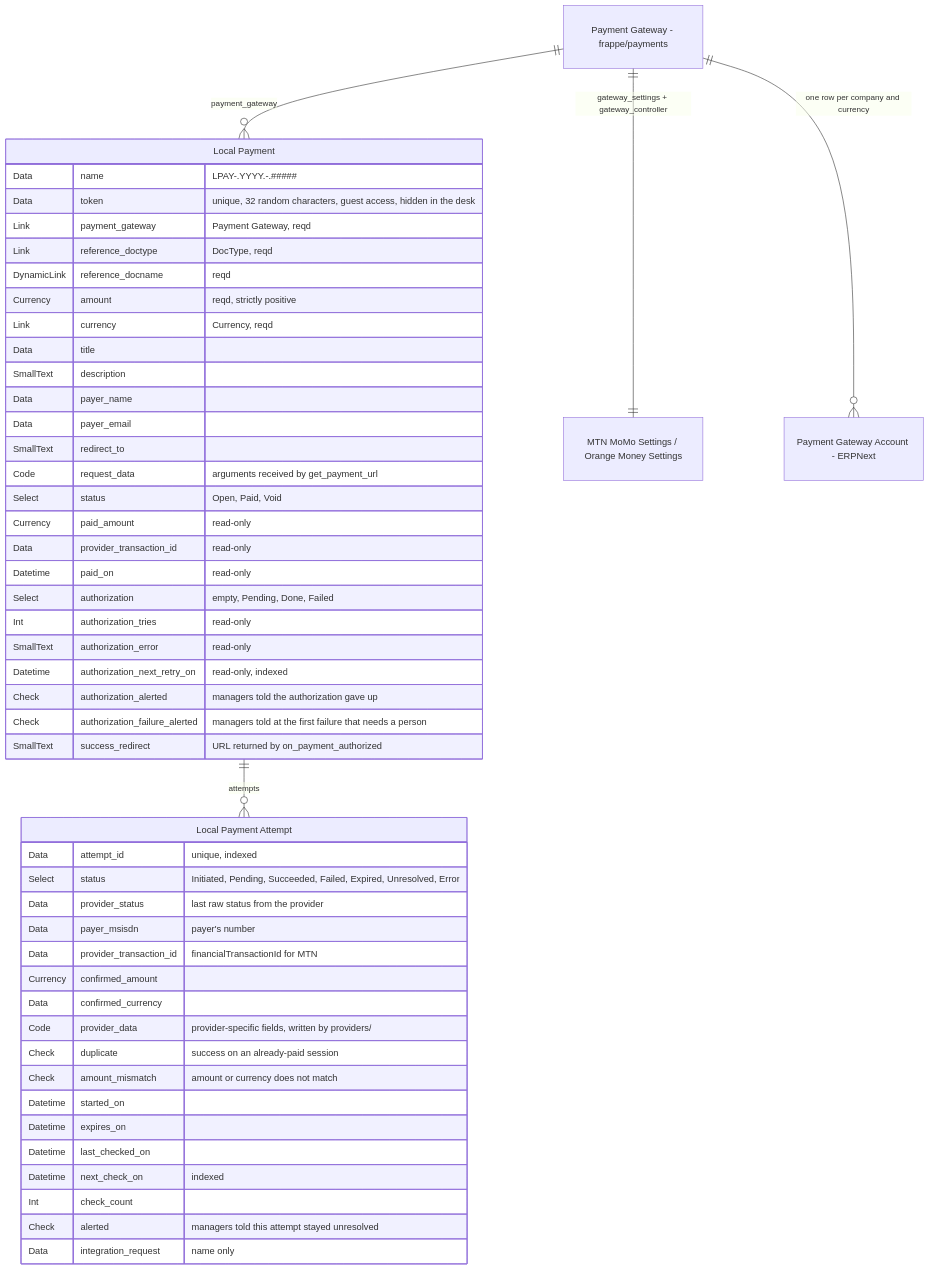
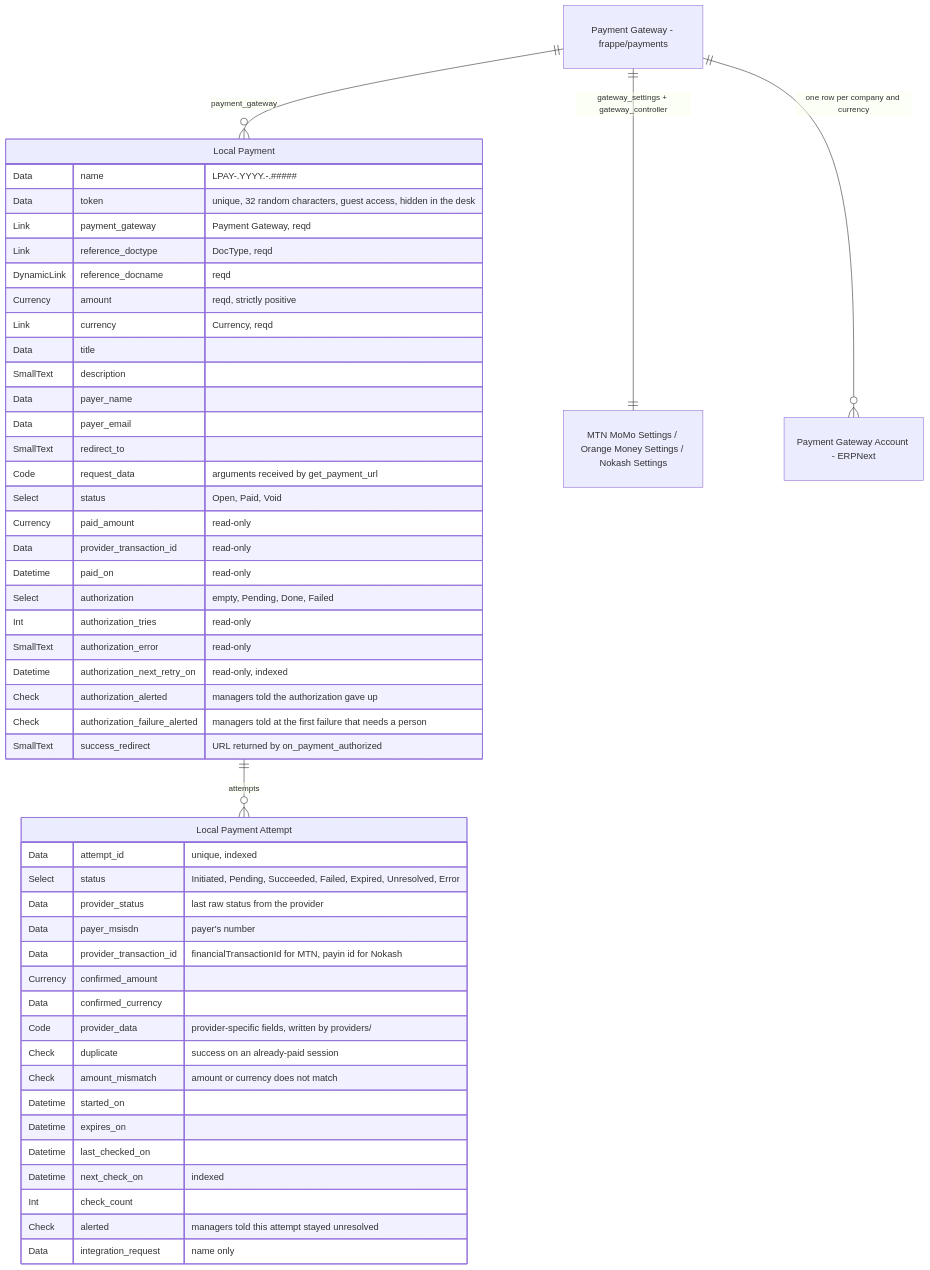
The second of 4 diagrams in docs/ARCHITECTURE.md (skyengpro/local_payments), drawn with Mermaid before and after one commit. The commit also changed other lines of this file and 30 other files, not shown here.

````diff
--- a/docs/ARCHITECTURE.md
+++ b/docs/ARCHITECTURE.md
@@ -282,56 +299,56 @@
 ```mermaid
 erDiagram
     LOCAL_PAYMENT["Local Payment"] {
         Data name "LPAY-.YYYY.-.#####"
         Data token "unique, 32 random characters, guest access, hidden in the desk"
         Link payment_gateway "Payment Gateway, reqd"
         Link reference_doctype "DocType, reqd"
         DynamicLink reference_docname "reqd"
         Currency amount "reqd, strictly positive"
         Link currency "Currency, reqd"
         Data title
         SmallText description
         Data payer_name
         Data payer_email
         SmallText redirect_to
         Code request_data "arguments received by get_payment_url"
         Select status "Open, Paid, Void"
         Currency paid_amount "read-only"
         Data provider_transaction_id "read-only"
         Datetime paid_on "read-only"
         Select authorization "empty, Pending, Done, Failed"
         Int authorization_tries "read-only"
         SmallText authorization_error "read-only"
         Datetime authorization_next_retry_on "read-only, indexed"
         Check authorization_alerted "managers told the authorization gave up"
         Check authorization_failure_alerted "managers told at the first failure that needs a person"
         SmallText success_redirect "URL returned by on_payment_authorized"
     }
     LOCAL_PAYMENT_ATTEMPT["Local Payment Attempt"] {
         Data attempt_id "unique, indexed"
         Select status "Initiated, Pending, Succeeded, Failed, Expired, Unresolved, Error"
         Data provider_status "last raw status from the provider"
         Data payer_msisdn "payer's number"
-        Data provider_transaction_id "financialTransactionId for MTN"
+        Data provider_transaction_id "financialTransactionId for MTN, payin id for Nokash"
         Currency confirmed_amount
         Data confirmed_currency
         Code provider_data "provider-specific fields, written by providers/"
         Check duplicate "success on an already-paid session"
         Check amount_mismatch "amount or currency does not match"
         Datetime started_on
         Datetime expires_on
         Datetime last_checked_on
         Datetime next_check_on "indexed"
         Int check_count
         Check alerted "managers told this attempt stayed unresolved"
         Data integration_request "name only"
     }
     PAYMENT_GATEWAY["Payment Gateway - frappe/payments"]
-    SETTINGS["MTN MoMo Settings / Orange Money Settings"]
+    SETTINGS["MTN MoMo Settings / Orange Money Settings / Nokash Settings"]
     PGA["Payment Gateway Account - ERPNext"]
 
     LOCAL_PAYMENT ||--o{ LOCAL_PAYMENT_ATTEMPT : attempts
     PAYMENT_GATEWAY ||--o{ LOCAL_PAYMENT : payment_gateway
     PAYMENT_GATEWAY ||--|| SETTINGS : "gateway_settings + gateway_controller"
     PAYMENT_GATEWAY ||--o{ PGA : "one row per company and currency"
 ```
````
